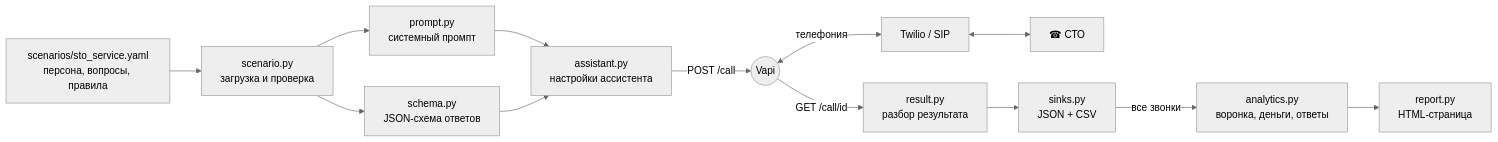
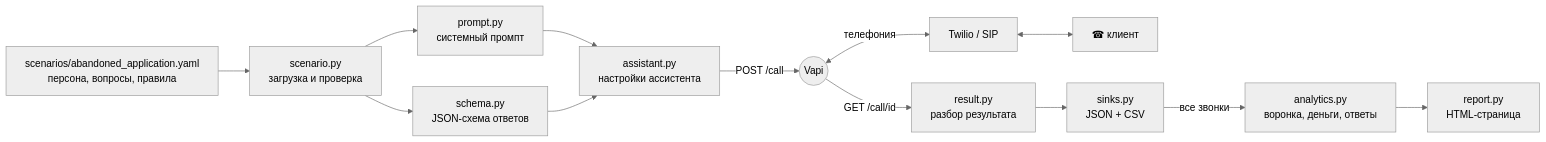
Before and after one commit to SharipovRus/voicebot: the diagram in README.md, drawn with Mermaid (neutral theme). The commit also changed other lines of this file and 17 other files, not shown here.

First line of the commit message:
Switch demo scenario to an abandoned bank application

````diff
--- a/README.md
+++ b/README.md
@@ -47,14 +48,14 @@
 ```mermaid
 flowchart LR
-    Y[scenarios/sto_service.yaml<br/>персона, вопросы, правила] --> S[scenario.py<br/>загрузка и проверка]
+    Y[scenarios/abandoned_application.yaml<br/>персона, вопросы, правила] --> S[scenario.py<br/>загрузка и проверка]
     S --> P[prompt.py<br/>системный промпт]
     S --> J[schema.py<br/>JSON-схема ответов]
     P --> A[assistant.py<br/>настройки ассистента]
     J --> A
     A -->|POST /call| V((Vapi))
-    V <-->|телефония| T[Twilio / SIP] <--> STO[☎ СТО]
+    V <-->|телефония| T[Twilio / SIP] <--> C[☎ клиент]
     V -->|GET /call/id| R[result.py<br/>разбор результата]
     R --> K[sinks.py<br/>JSON + CSV]
     K -->|все звонки| AN[analytics.py<br/>воронка, деньги, ответы]
     AN --> H[report.py<br/>HTML-страница]
 ```
````
